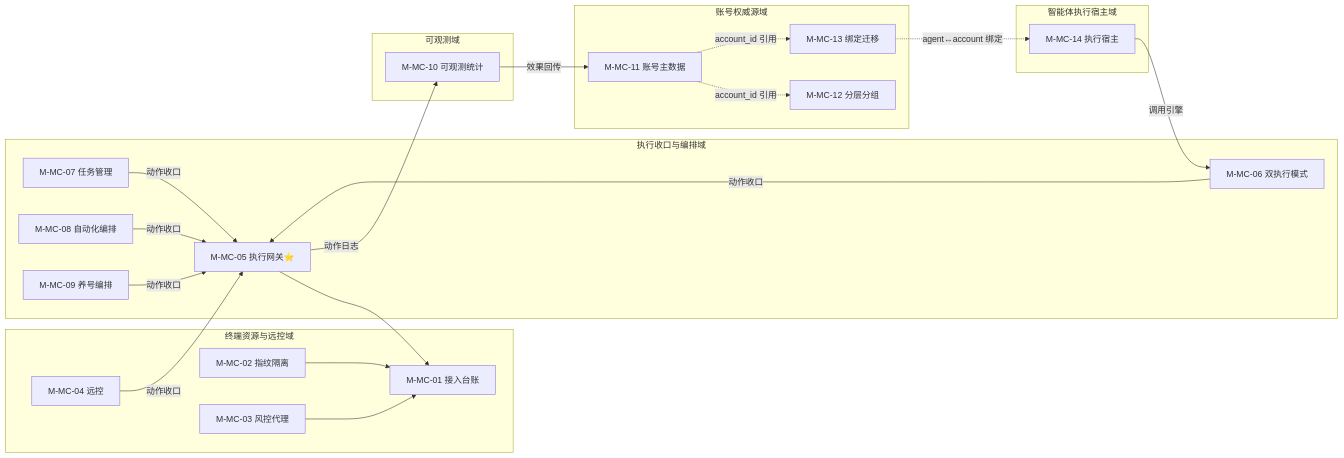
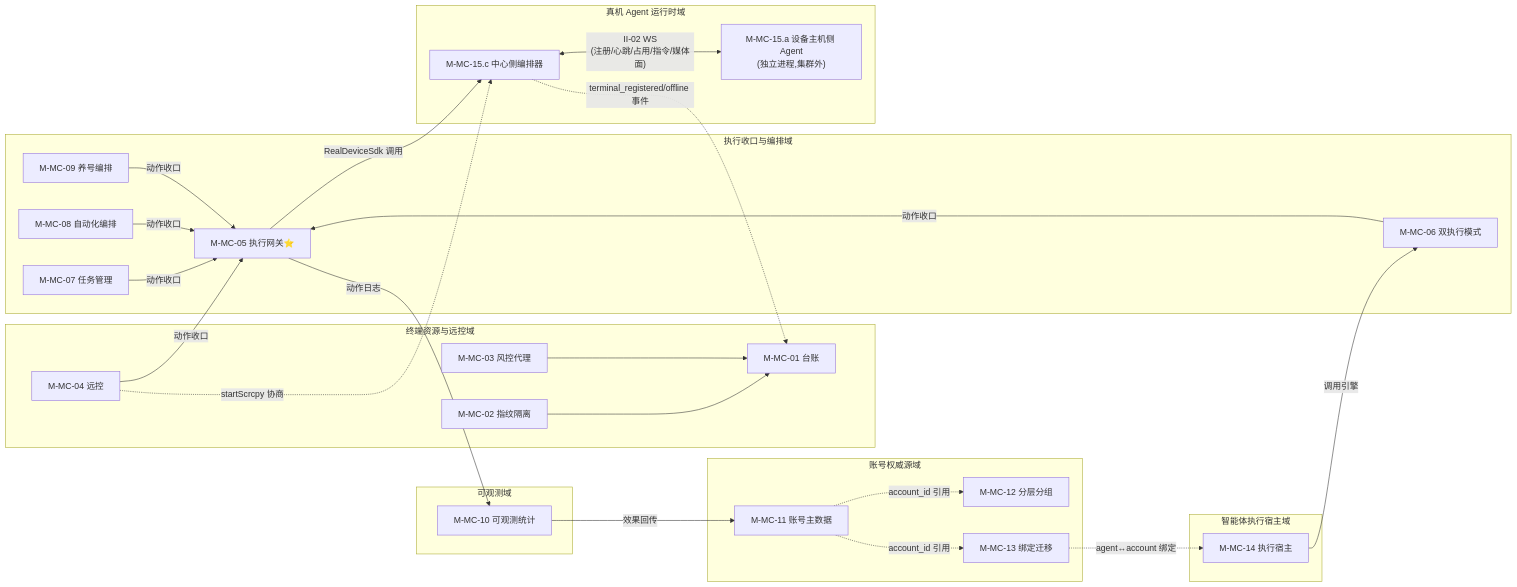
One commit to Sj-g/obsidian changed the second of 21 diagrams in 公司项目/认知作战/文档/SDD/软件详细设计说明-MC子系统.md. Above: the diagram before and after it, drawn with Mermaid. The commit also changed other lines of this file and 2 other files, not shown here.

````diff
--- a/公司项目/认知作战/文档/SDD/软件详细设计说明-MC子系统.md
+++ b/公司项目/认知作战/文档/SDD/软件详细设计说明-MC子系统.md
@@ -172,36 +174,43 @@
 ```mermaid
 flowchart LR
     subgraph TERM["终端资源与远控域"]
-        M01["M-MC-01 接入台账"]
+        M01["M-MC-01 台账"]
         M02["M-MC-02 指纹隔离"]
         M03["M-MC-03 风控代理"]
         M04["M-MC-04 远控"]
     end
     subgraph EXEC["执行收口与编排域"]
         M07["M-MC-07 任务管理"]
         M08["M-MC-08 自动化编排"]
         M06["M-MC-06 双执行模式"]
         M09["M-MC-09 养号编排"]
         M05["M-MC-05 执行网关⭐"]
     end
     subgraph OBS["可观测域"]
         M10["M-MC-10 可观测统计"]
     end
     subgraph ACCT["账号权威源域"]
         M11["M-MC-11 账号主数据"]
         M12["M-MC-12 分层分组"]
         M13["M-MC-13 绑定迁移"]
     end
     subgraph AGENT_R["智能体执行宿主域"]
         M14["M-MC-14 执行宿主"]
     end
+    subgraph DEV_R["真机 Agent 运行时域"]
+        M15C["M-MC-15.c 中心侧编排器"]
+        M15A["M-MC-15.a 设备主机侧 Agent<br/>(独立进程,集群外)"]
+    end
 
     M02 & M03 --> M01
     M07 & M08 & M06 & M09 & M04 -->|"动作收口"| M05
-    M05 --> M01
+    M05 -->|"RealDeviceSdk 调用"| M15C
+    M15C <-->|"II-02 WS<br/>(注册/心跳/占用/指令/媒体面)"| M15A
+    M15C -.->|"terminal_registered/offline 事件"| M01
+    M04 -.->|"startScrcpy 协商"| M15C
     M05 -->|"动作日志"| M10
     M10 -->|"效果回传"| M11
     M11 -.->|"account_id 引用"| M12 & M13
     M14 -->|"调用引擎"| M06
     M13 -.->|"agent↔account 绑定"| M14
 ```
````
